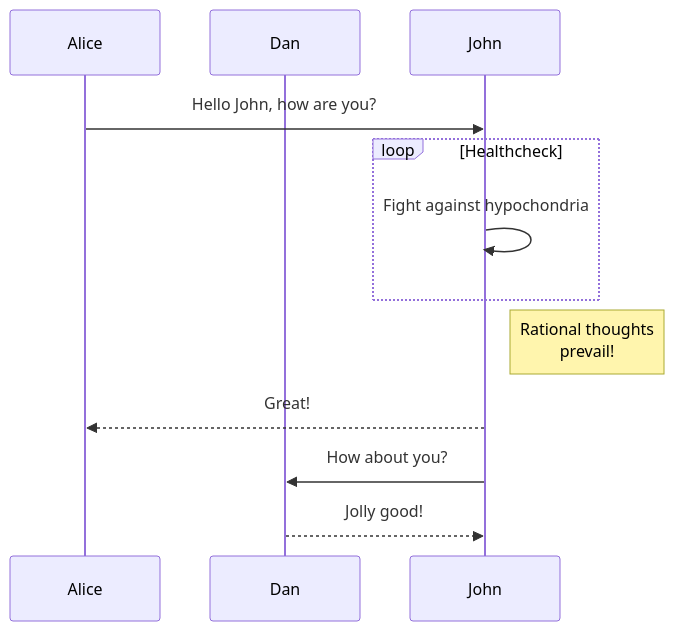
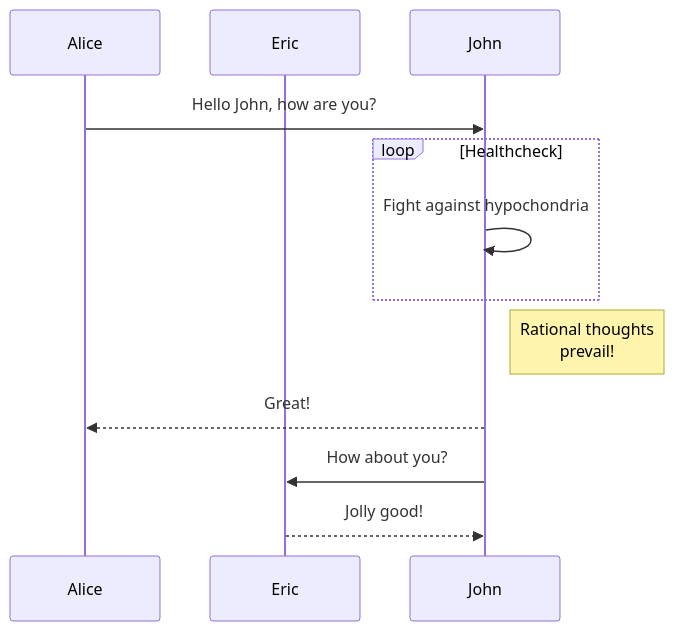
The diagram in docs/sequence.mmd (scowalt/mermaid-markdown-intree), drawn with Mermaid before and after one commit. The commit also changed 1 other file, not shown here.

Commit message:
Updated Dan to Eric

```diff
--- a/docs/sequence.mmd
+++ b/docs/sequence.mmd
@@ -1,11 +1,11 @@
 sequenceDiagram
     participant Alice
-    participant Dan
+    participant Eric
     Alice->>John: Hello John, how are you?
     loop Healthcheck
         John->>John: Fight against hypochondria
     end
     Note right of John: Rational thoughts <br/>prevail!
     John-->>Alice: Great!
-    John->>Dan: How about you?
-    Dan-->>John: Jolly good!
+    John->>Eric: How about you?
+    Eric-->>John: Jolly good!
```
